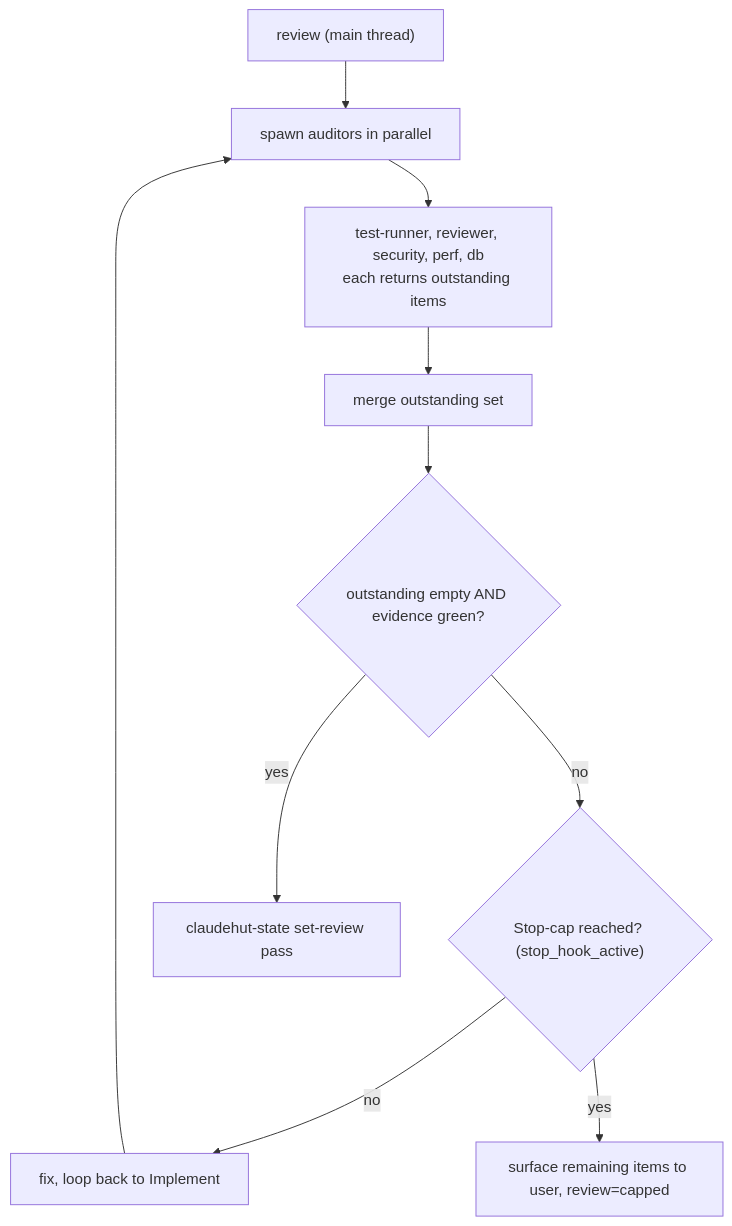
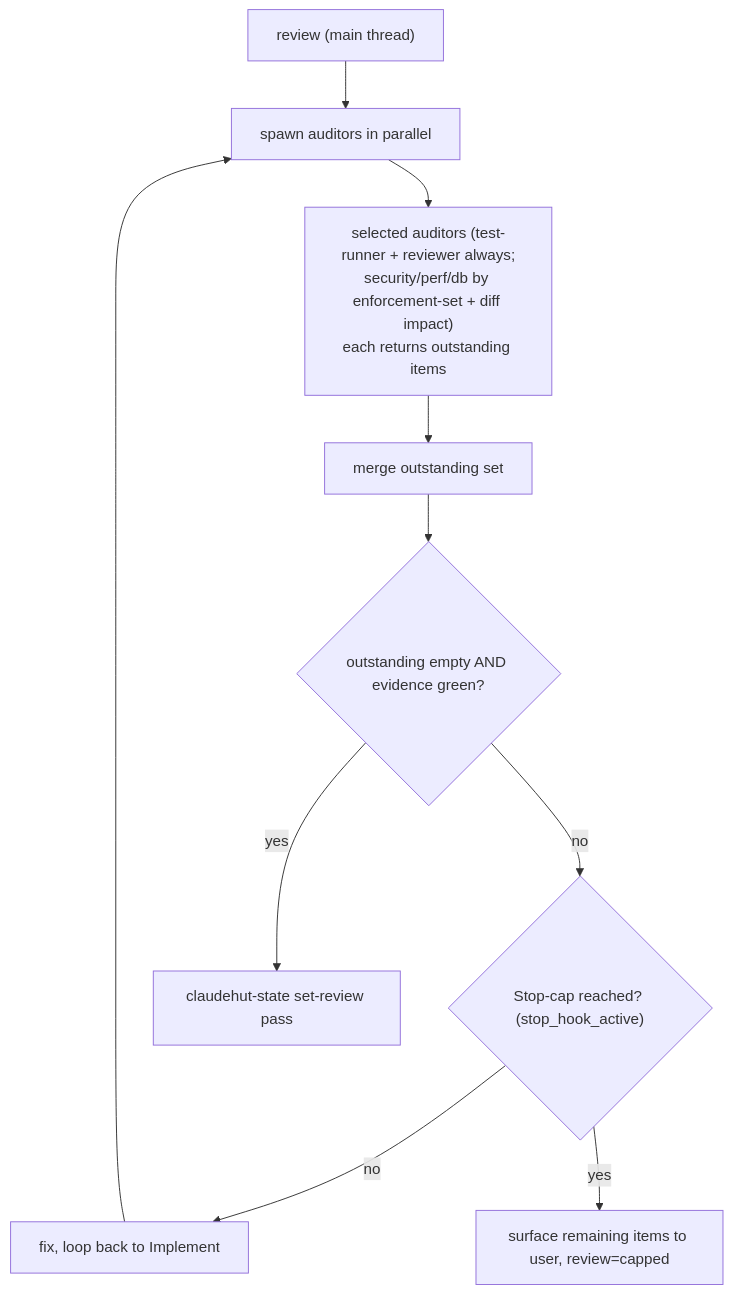
The fifth of 6 diagrams in .claude/docs/design/01-agentic-workflow.md (taipt1504/claudehut), drawn with Mermaid before and after one commit. The commit also changed other lines of this file and 32 other files, not shown here.

````diff
--- a/.claude/docs/design/01-agentic-workflow.md
+++ b/.claude/docs/design/01-agentic-workflow.md
@@ -315,11 +334,11 @@
 ```mermaid
 flowchart TB
     START["review (main thread)"] --> SPAWN["spawn auditors in parallel"]
-    SPAWN --> AUD["test-runner, reviewer, security, perf, db<br/>each returns outstanding items"]
+    SPAWN --> AUD["selected auditors (test-runner + reviewer always;<br/>security/perf/db by enforcement-set + diff impact)<br/>each returns outstanding items"]
     AUD --> MERGE["merge outstanding set"]
     MERGE --> Q{"outstanding empty AND evidence green?"}
     Q -->|no| CAP{"Stop-cap reached? (stop_hook_active)"}
     CAP -->|no| FIX["fix, loop back to Implement"] --> SPAWN
     CAP -->|yes| SURF["surface remaining items to user, review=capped"]
     Q -->|yes| PASS["claudehut-state set-review pass"]
 ```
````
